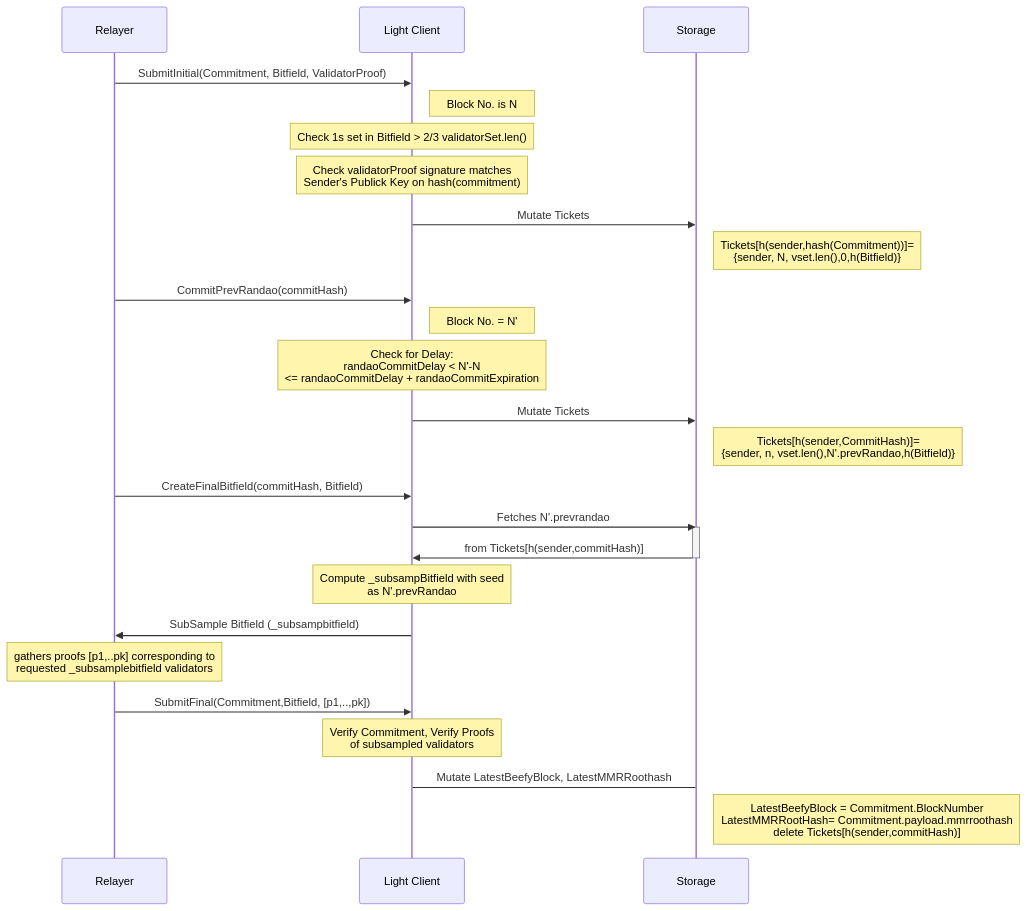
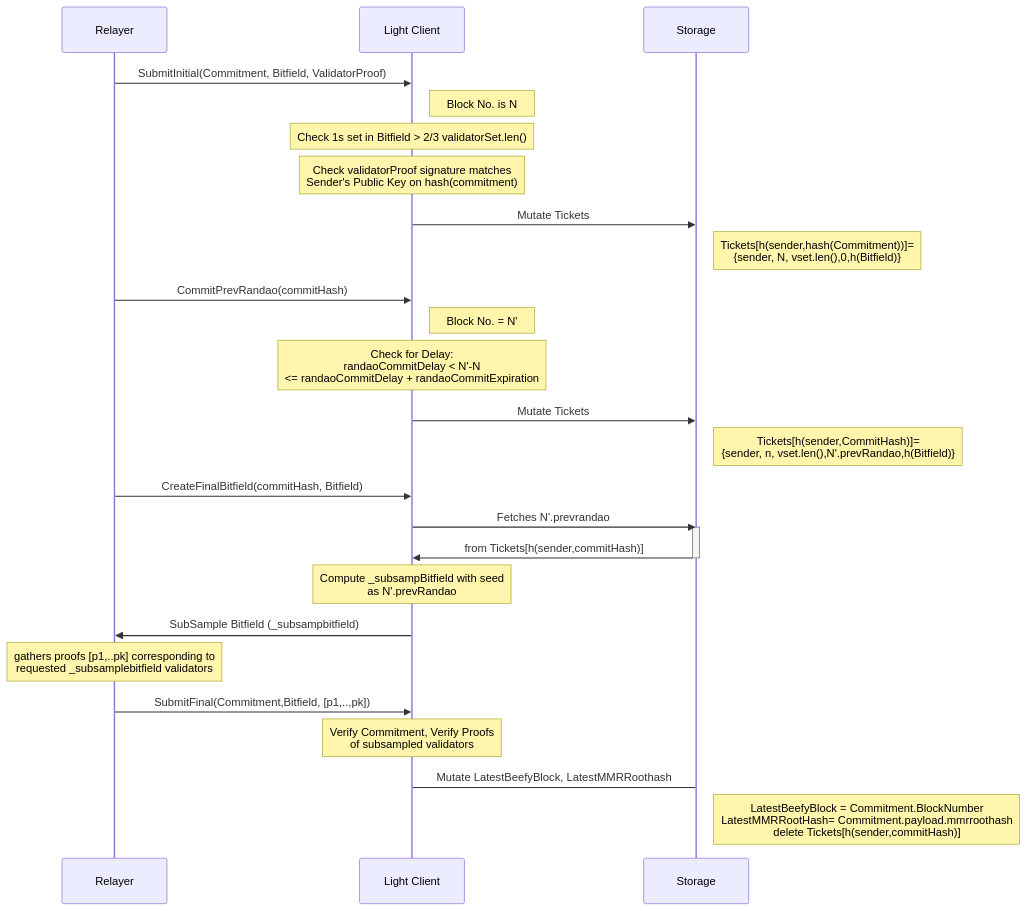
One commit to w3f/polkadot-spec changed the diagram in docs/sect-finality.md. Above: the diagram before and after it, drawn with Mermaid. The commit also changed other lines of this file, not shown here.

````diff
--- a/docs/sect-finality.md
+++ b/docs/sect-finality.md
@@ -753,29 +751,29 @@
 ```mermaid
 sequenceDiagram
     participant R as Relayer
     participant L as Light Client
     participant S as Storage
     R->>L: SubmitInitial(Commitment, Bitfield, ValidatorProof)
     Note right of L: Block No. is N
     Note over L: Check 1s set in Bitfield > 2/3 validatorSet.len() 
-    Note over L: Check validatorProof signature matches <br> Sender's Publick Key on hash(commitment)
+    Note over L: Check validatorProof signature matches <br> Sender's Public Key on hash(commitment)
     L->>S: Mutate Tickets
     Note right of S: Tickets[h(sender,hash(Commitment))]= <br> {sender, N, vset.len(),0,h(Bitfield)}
     R->>L: CommitPrevRandao(commitHash)
     Note right of L: Block No. = N' 
     Note over L: Check for Delay: <br> randaoCommitDelay < N'-N  <br> <= randaoCommitDelay + randaoCommitExpiration
     L->>S: Mutate Tickets
     Note right of S: Tickets[h(sender,CommitHash)]= <br> {sender, n, vset.len(),N'.prevRandao,h(Bitfield)}
     R->>L: CreateFinalBitfield(commitHash, Bitfield) 
     L->>S: Fetches N'.prevrandao 
     activate S
     S->>L: from Tickets[h(sender,commitHash)]
     deactivate S
     Note over L: Compute _subsampBitfield with seed <br> as N'.prevRandao
     L->>R: SubSample Bitfield (_subsampbitfield)
     Note over R: gathers proofs [p1,..pk] corresponding to <br> requested _subsamplebitfield validators
     R->>L: SubmitFinal(Commitment,Bitfield, [p1,..,pk])
     Note over L: Verify Commitment, Verify Proofs <br> of subsampled validators
     L->S: Mutate LatestBeefyBlock, LatestMMRRoothash
     Note right of S: LatestBeefyBlock = Commitment.BlockNumber <br> LatestMMRRootHash= Commitment.payload.mmrroothash <br> delete Tickets[h(sender,commitHash)]
 ```
````
